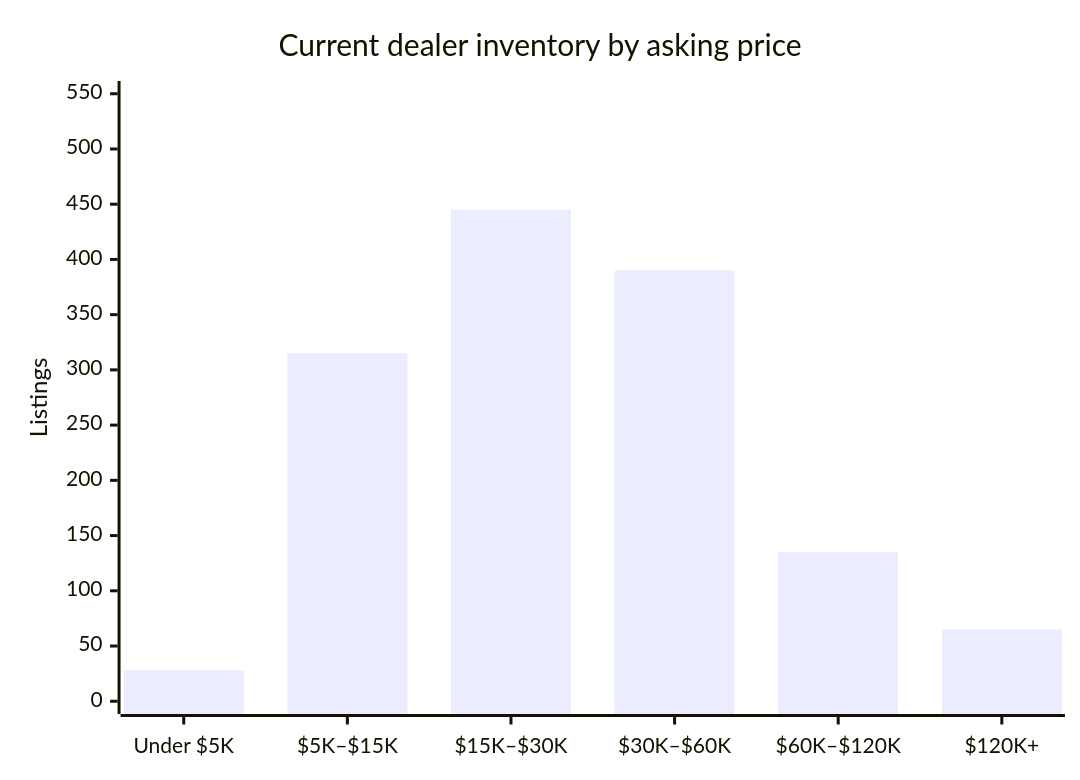
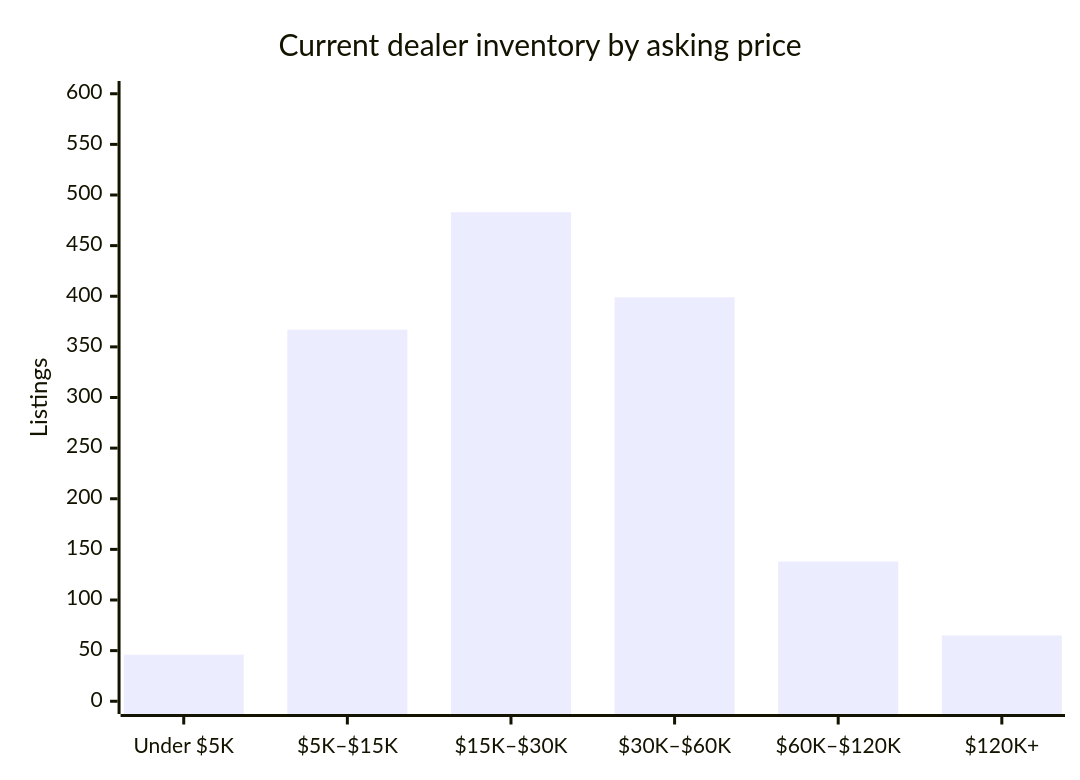
One commit to David-Webb-New-York/david-webb-market-agent changed the diagram in output/reports/2026-08-12.md. Above: the diagram before and after it, drawn with Mermaid. The commit also changed other lines of this file and 3 other files, not shown here.

````diff
--- a/output/reports/2026-08-12.md
+++ b/output/reports/2026-08-12.md
@@ -13,7 +15,7 @@
 ```mermaid
 xychart-beta
     title "Current dealer inventory by asking price"
     x-axis ["Under $5K", "$5K–$15K", "$15K–$30K", "$30K–$60K", "$60K–$120K", "$120K+"]
-    y-axis "Listings" 0 --> 550
-    bar [28, 315, 445, 390, 135, 65]
+    y-axis "Listings" 0 --> 600
+    bar [46, 367, 483, 399, 138, 65]
 ```
````
